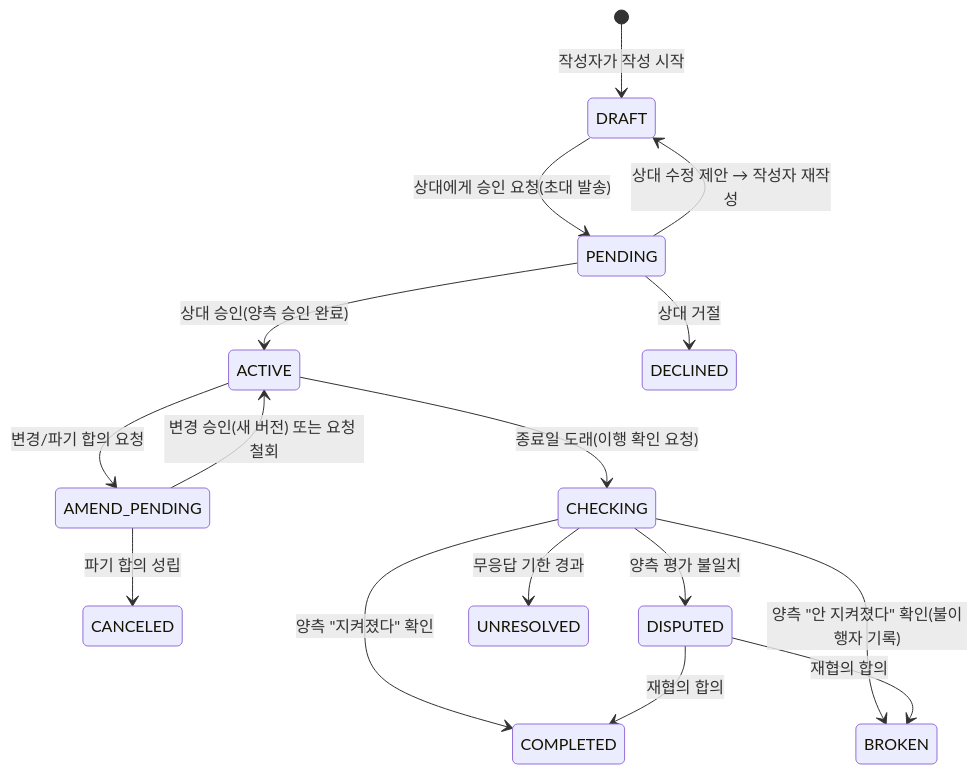
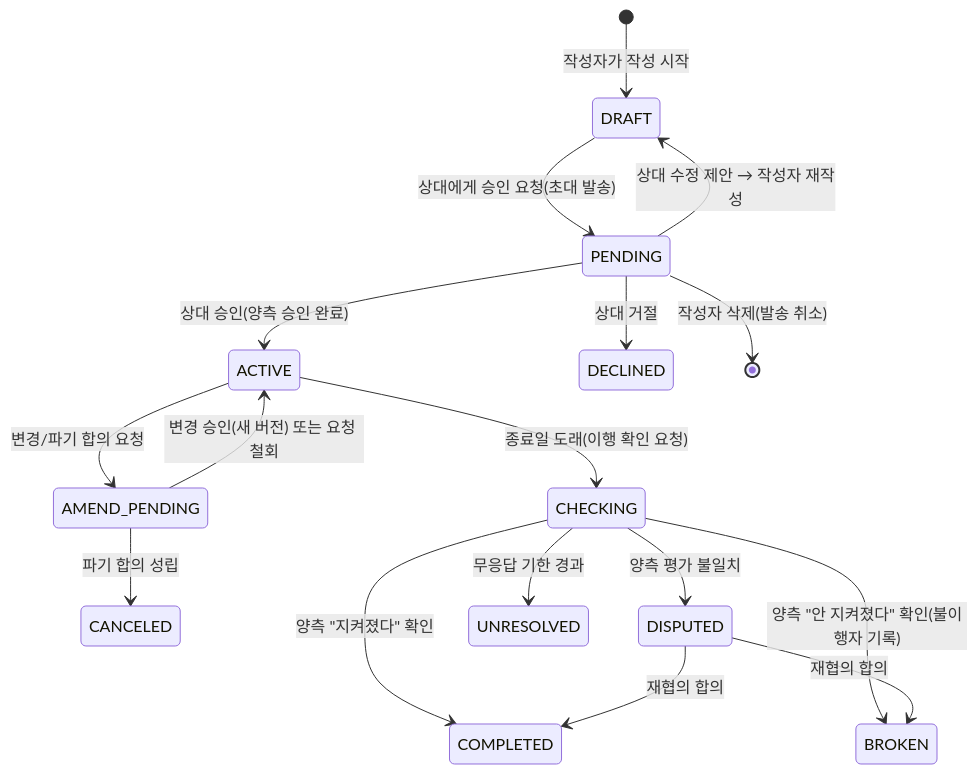
One commit to DeepHighAI/littlefinger changed the diagram in docs/디자인/01_와이어프레임_디자인요청서.md. Above: the diagram before and after it, drawn with Mermaid. The commit also changed other lines of this file and 56 other files, not shown here.

````diff
--- a/docs/디자인/01_와이어프레임_디자인요청서.md
+++ b/docs/디자인/01_와이어프레임_디자인요청서.md
@@ -122,18 +122,19 @@
 ```mermaid
 stateDiagram-v2
     [*] --> DRAFT: 작성자가 작성 시작
     DRAFT --> PENDING: 상대에게 승인 요청(초대 발송)
     PENDING --> ACTIVE: 상대 승인(양측 승인 완료)
     PENDING --> DECLINED: 상대 거절
     PENDING --> DRAFT: 상대 수정 제안 → 작성자 재작성
+    PENDING --> [*]: 작성자 삭제(발송 취소)
     ACTIVE --> AMEND_PENDING: 변경/파기 합의 요청
     AMEND_PENDING --> ACTIVE: 변경 승인(새 버전) 또는 요청 철회
     AMEND_PENDING --> CANCELED: 파기 합의 성립
     ACTIVE --> CHECKING: 종료일 도래(이행 확인 요청)
     CHECKING --> COMPLETED: 양측 "지켜졌다" 확인
     CHECKING --> BROKEN: 양측 "안 지켜졌다" 확인(불이행자 기록)
     CHECKING --> DISPUTED: 양측 평가 불일치
     CHECKING --> UNRESOLVED: 무응답 기한 경과
     DISPUTED --> COMPLETED: 재협의 합의
     DISPUTED --> BROKEN: 재협의 합의
 ```
````
